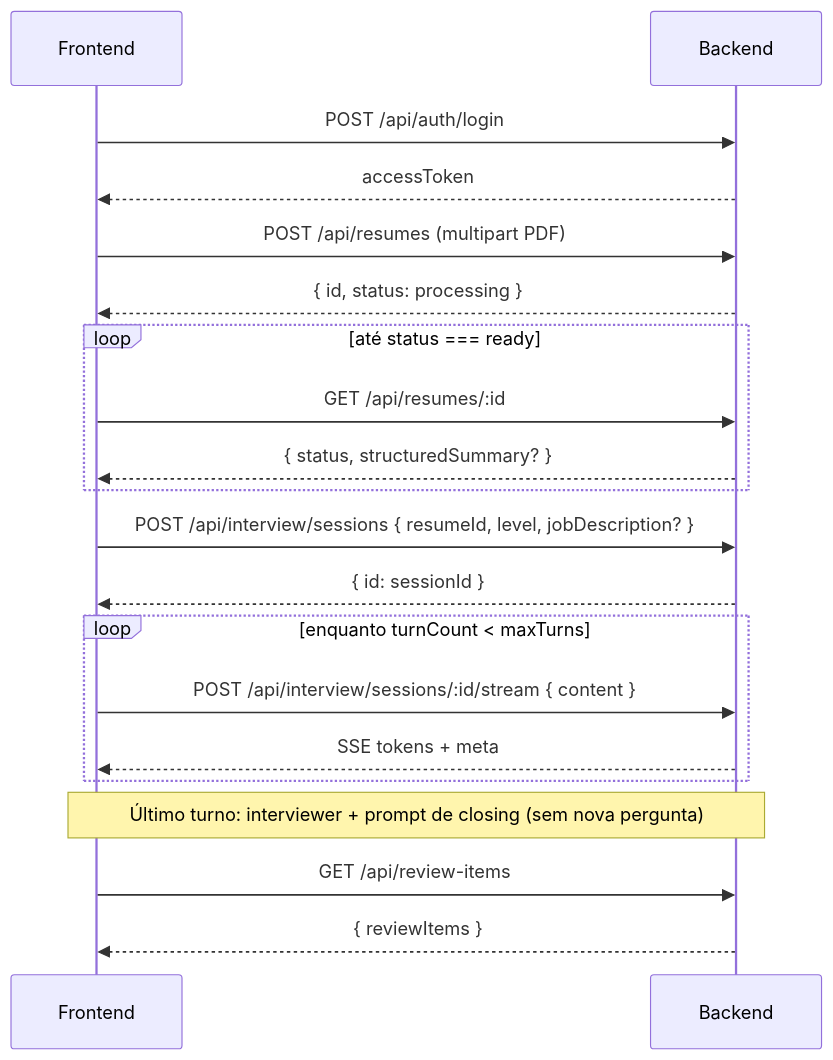
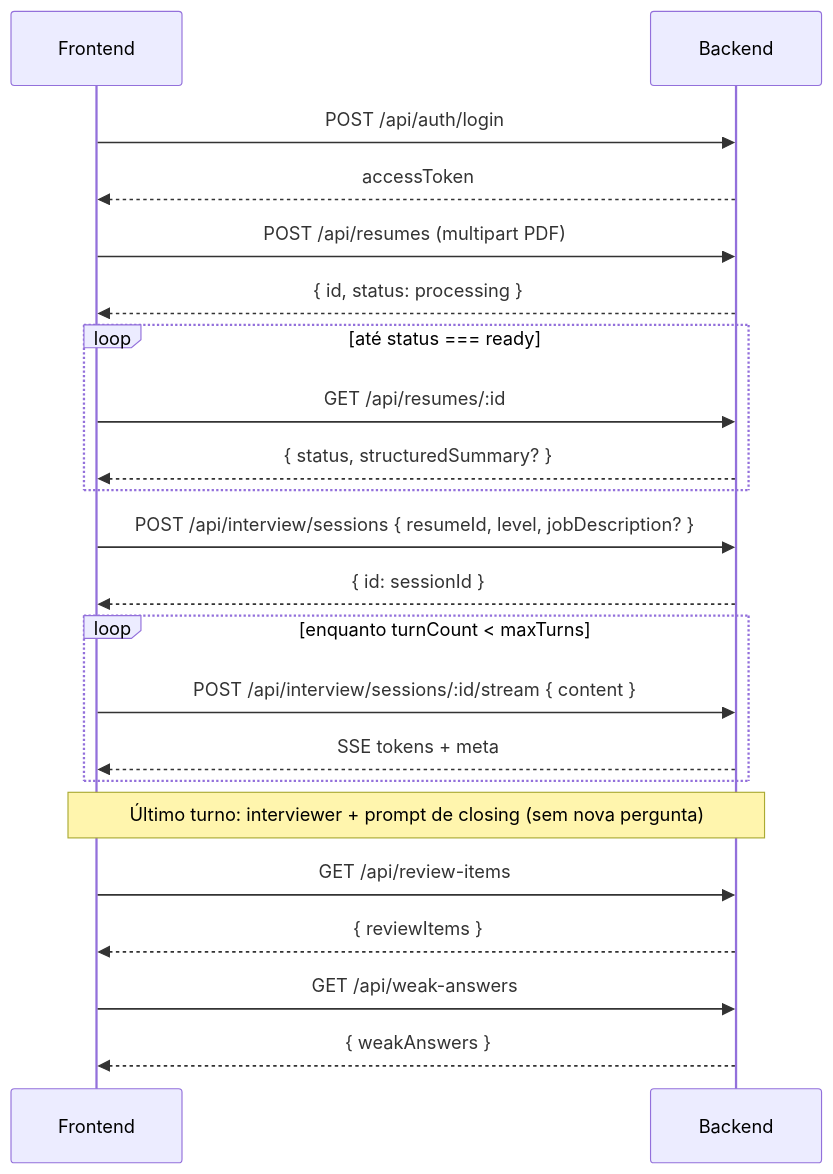
The first of 2 diagrams in backend/docs/frontend-mock-interview-api.md (ProgramadoresSemPatria/HB01-2026-ai-mock-interview), drawn with Mermaid before and after one commit. The commit also changed other lines of this file, not shown here.

First line of the commit message:
docs(interview): document weak-answers endpoints for frontend

````diff
--- a/backend/docs/frontend-mock-interview-api.md
+++ b/backend/docs/frontend-mock-interview-api.md
@@ -30,28 +31,30 @@
 ```mermaid
 sequenceDiagram
   participant UI as Frontend
   participant API as Backend
 
   UI->>API: POST /api/auth/login
   API-->>UI: accessToken
 
   UI->>API: POST /api/resumes (multipart PDF)
   API-->>UI: { id, status: processing }
 
   loop até status === ready
     UI->>API: GET /api/resumes/:id
     API-->>UI: { status, structuredSummary? }
   end
 
   UI->>API: POST /api/interview/sessions { resumeId, level, jobDescription? }
   API-->>UI: { id: sessionId }
 
   loop enquanto turnCount < maxTurns
     UI->>API: POST /api/interview/sessions/:id/stream { content }
     API-->>UI: SSE tokens + meta
   end
 
   Note over UI,API: Último turno: interviewer + prompt de closing (sem nova pergunta)
   UI->>API: GET /api/review-items
   API-->>UI: { reviewItems }
+  UI->>API: GET /api/weak-answers
+  API-->>UI: { weakAnswers }
 ```
````
